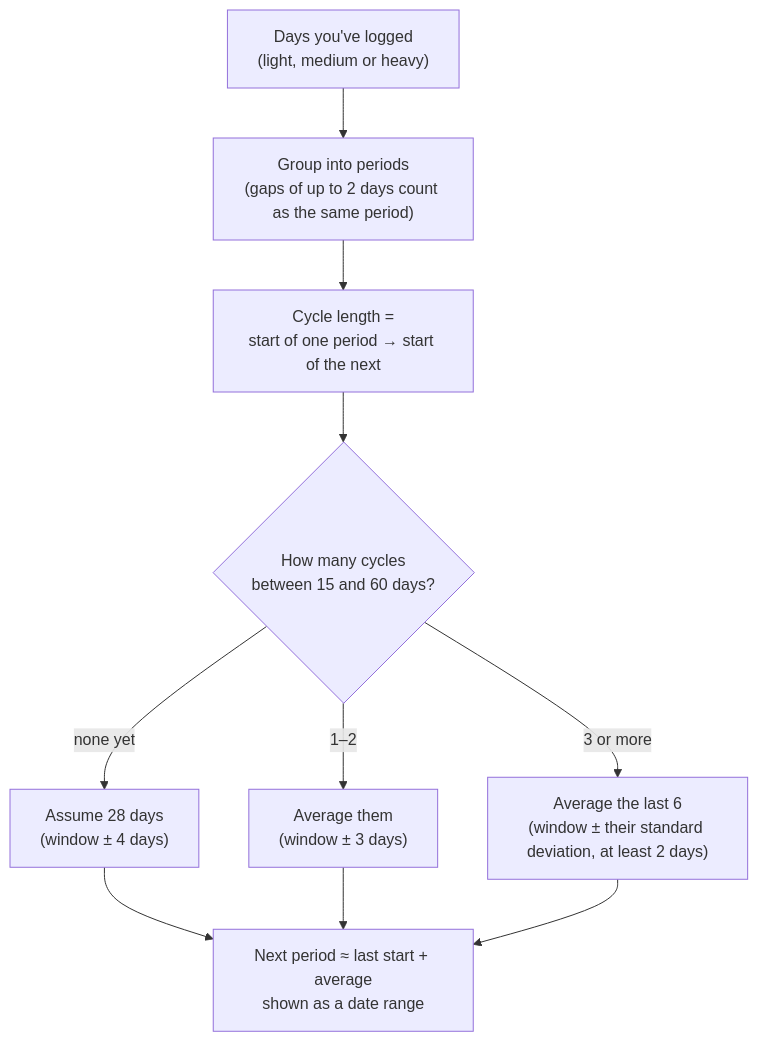
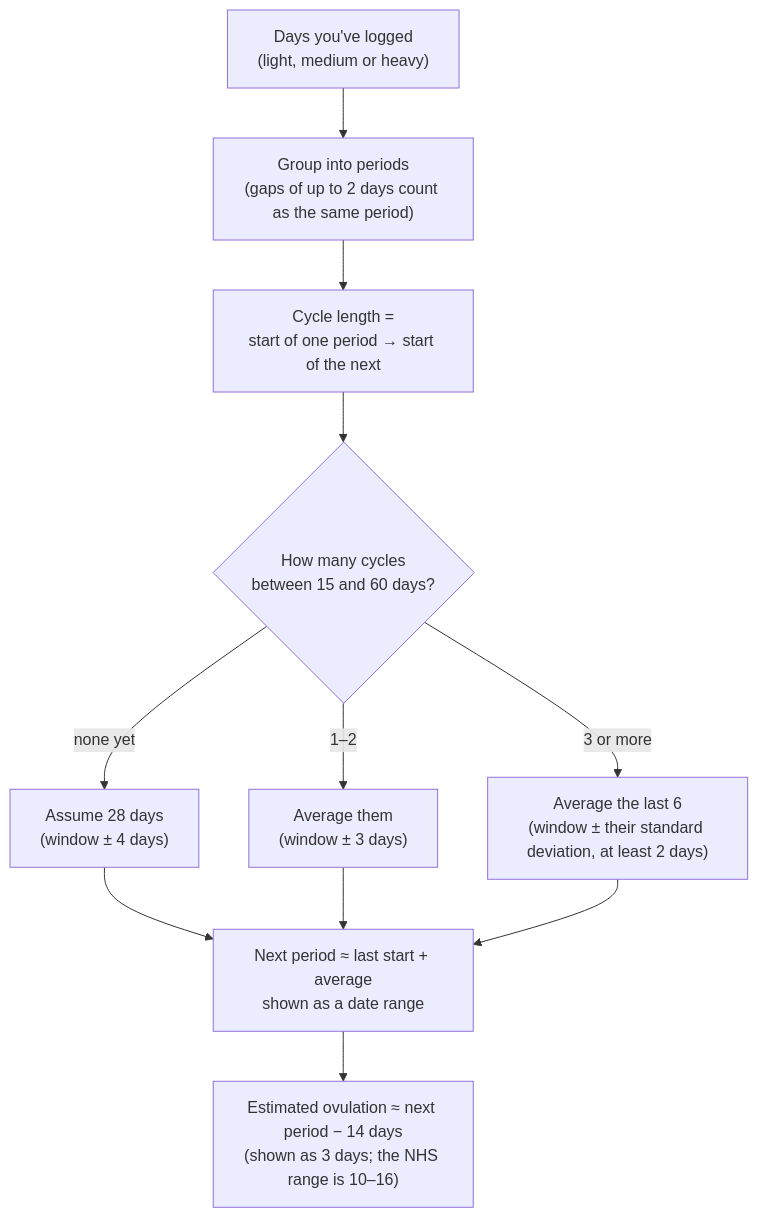
One commit to ChrystalFSC/lilac changed the second of 6 diagrams in README.md. Above: the diagram before and after it, drawn with Mermaid. The commit also changed other lines of this file and 21 other files, not shown here.

````diff
--- a/README.md
+++ b/README.md
@@ -92,10 +117,11 @@
 ```mermaid
 flowchart TD
     A["Days you've logged<br/>(light, medium or heavy)"] --> B["Group into periods<br/>(gaps of up to 2 days count as the same period)"]
     B --> C["Cycle length =<br/>start of one period → start of the next"]
     C --> D{"How many cycles<br/>between 15 and 60 days?"}
     D -- "none yet" --> E["Assume 28 days<br/>(window ± 4 days)"]
     D -- "1–2" --> F["Average them<br/>(window ± 3 days)"]
     D -- "3 or more" --> G["Average the last 6<br/>(window ± their standard deviation, at least 2 days)"]
     E & F & G --> H["Next period ≈ last start + average<br/>shown as a date range"]
+    H --> I["Estimated ovulation ≈ next period − 14 days<br/>(shown as 3 days; the NHS range is 10–16)"]
 ```
````
